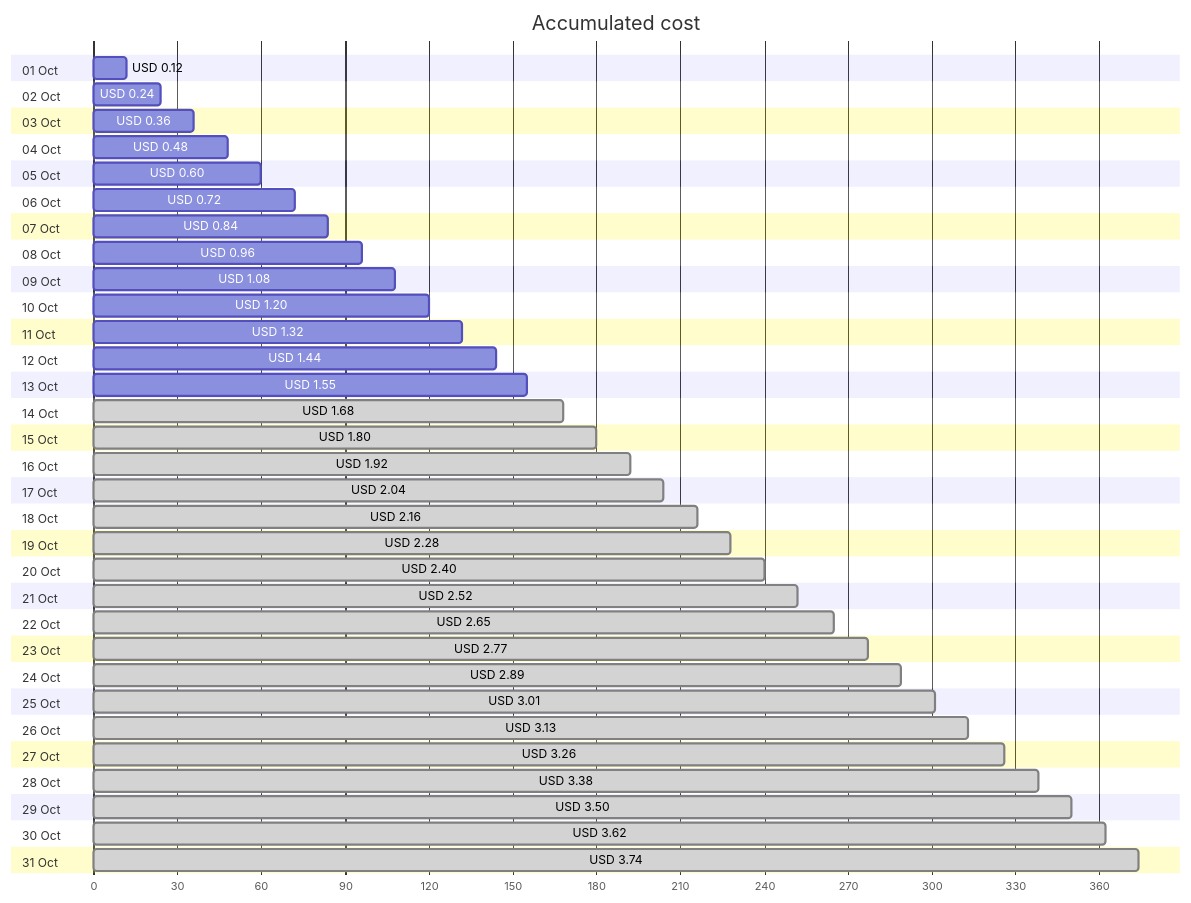
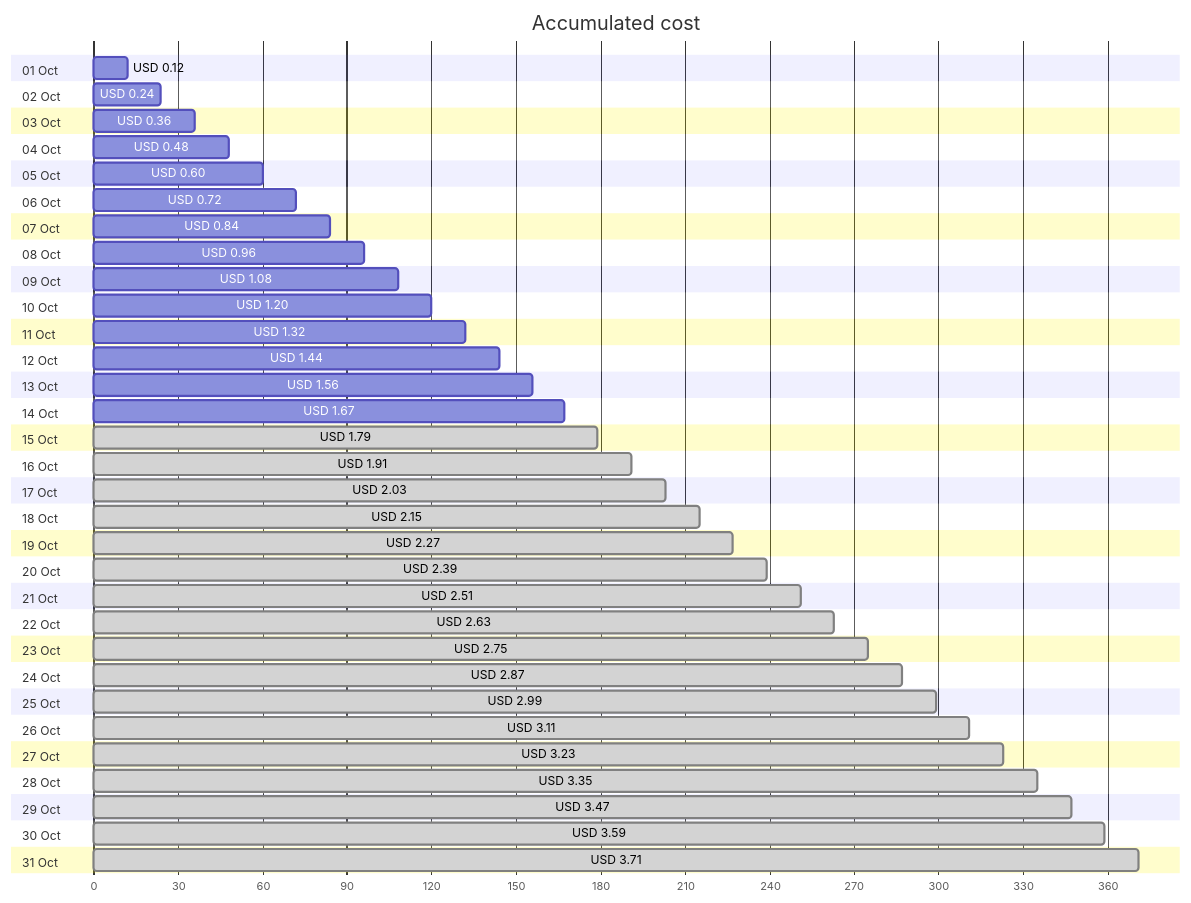
The first of 4 diagrams in cost-reports/personal-network/backup-server-public-ip.md (jpfulton/azure-personal-reports), drawn with Mermaid before and after one commit. The commit also changed other lines of this file and 8 other files, not shown here.

````diff
--- a/cost-reports/personal-network/backup-server-public-ip.md
+++ b/cost-reports/personal-network/backup-server-public-ip.md
@@ -20,68 +20,68 @@
 ```mermaid
 gantt
    title Accumulated cost
    dateFormat  X
    axisFormat %s
    section 01 Oct
    USD 0.12 :0, 12
    section 02 Oct
    USD 0.24 :0, 24
    section 03 Oct
    USD 0.36 :0, 36
    section 04 Oct
    USD 0.48 :0, 48
    section 05 Oct
    USD 0.60 :0, 60
    section 06 Oct
    USD 0.72 :0, 72
    section 07 Oct
    USD 0.84 :0, 84
    section 08 Oct
    USD 0.96 :0, 96
    section 09 Oct
    USD 1.08 :0, 108
    section 10 Oct
    USD 1.20 :0, 120
    section 11 Oct
    USD 1.32 :0, 132
    section 12 Oct
    USD 1.44 :0, 144
    section 13 Oct
-   USD 1.55 :0, 155
+   USD 1.56 :0, 156
    section 14 Oct
-   USD 1.68 : done, 0, 168
+   USD 1.67 :0, 167
    section 15 Oct
-   USD 1.80 : done, 0, 180
+   USD 1.79 : done, 0, 179
    section 16 Oct
-   USD 1.92 : done, 0, 192
+   USD 1.91 : done, 0, 191
    section 17 Oct
-   USD 2.04 : done, 0, 204
+   USD 2.03 : done, 0, 203
    section 18 Oct
-   USD 2.16 : done, 0, 216
+   USD 2.15 : done, 0, 215
    section 19 Oct
-   USD 2.28 : done, 0, 228
+   USD 2.27 : done, 0, 227
    section 20 Oct
-   USD 2.40 : done, 0, 240
+   USD 2.39 : done, 0, 239
    section 21 Oct
-   USD 2.52 : done, 0, 252
+   USD 2.51 : done, 0, 251
    section 22 Oct
-   USD 2.65 : done, 0, 265
+   USD 2.63 : done, 0, 263
    section 23 Oct
-   USD 2.77 : done, 0, 277
+   USD 2.75 : done, 0, 275
    section 24 Oct
-   USD 2.89 : done, 0, 289
+   USD 2.87 : done, 0, 287
    section 25 Oct
-   USD 3.01 : done, 0, 301
+   USD 2.99 : done, 0, 299
    section 26 Oct
-   USD 3.13 : done, 0, 313
+   USD 3.11 : done, 0, 311
    section 27 Oct
-   USD 3.26 : done, 0, 326
+   USD 3.23 : done, 0, 323
    section 28 Oct
-   USD 3.38 : done, 0, 338
+   USD 3.35 : done, 0, 335
    section 29 Oct
-   USD 3.50 : done, 0, 350
+   USD 3.47 : done, 0, 347
    section 30 Oct
-   USD 3.62 : done, 0, 362
+   USD 3.59 : done, 0, 359
    section 31 Oct
-   USD 3.74 : done, 0, 374
+   USD 3.71 : done, 0, 371
 ```
````
